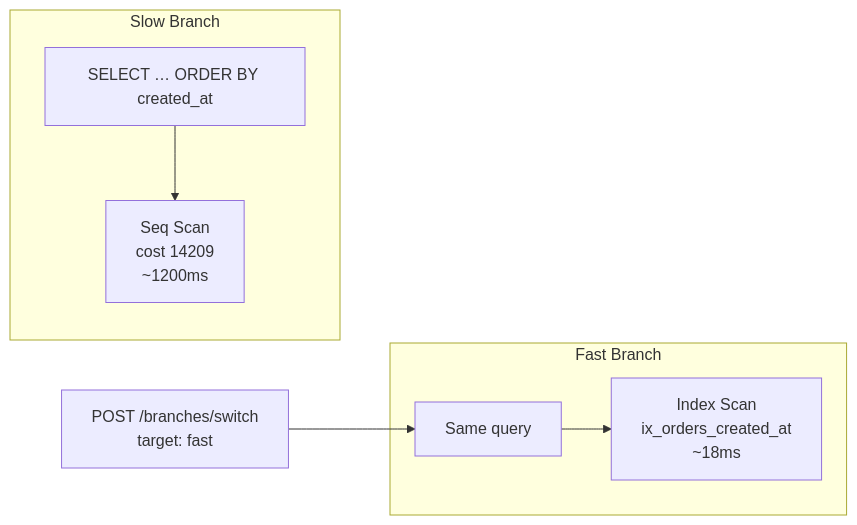
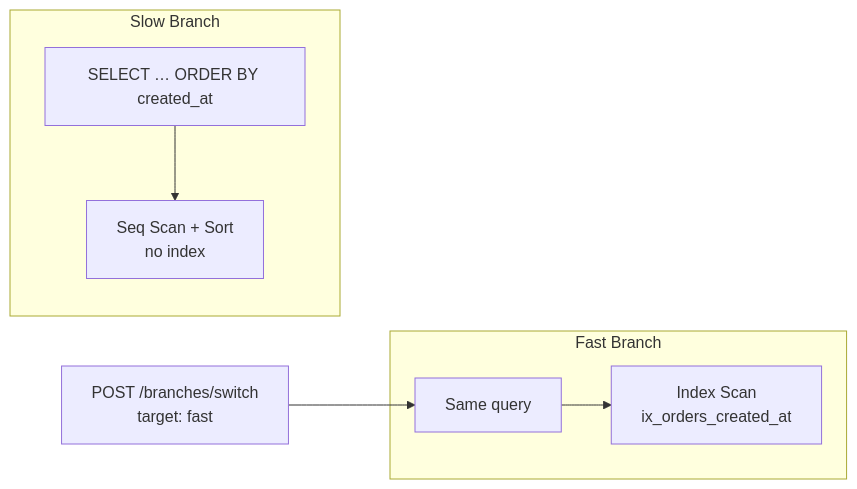
The third of 3 diagrams in README.md (Abdul-Muizz1310/slowquery-demo-backend), drawn with Mermaid before and after one commit. The commit also changed other lines of this file and 6 other files, not shown here.

First line of the commit message:
docs: restate the slow->fast claim honestly and add a latency benchmark

````diff
--- a/README.md
+++ b/README.md
@@ -95,10 +95,10 @@
 ```mermaid
 flowchart LR
     subgraph Slow Branch
-        SlowQ[SELECT … ORDER BY created_at] --> SeqScan[Seq Scan<br/>cost 14209<br/>~1200ms]
+        SlowQ[SELECT … ORDER BY created_at] --> SeqScan[Seq Scan + Sort<br/>no index]
     end
     subgraph Fast Branch
-        FastQ[Same query] --> IdxScan[Index Scan<br/>ix_orders_created_at<br/>~18ms]
+        FastQ[Same query] --> IdxScan[Index Scan<br/>ix_orders_created_at]
     end
     Switch[POST /branches/switch<br/>target: fast] --> FastQ
 ```
````
